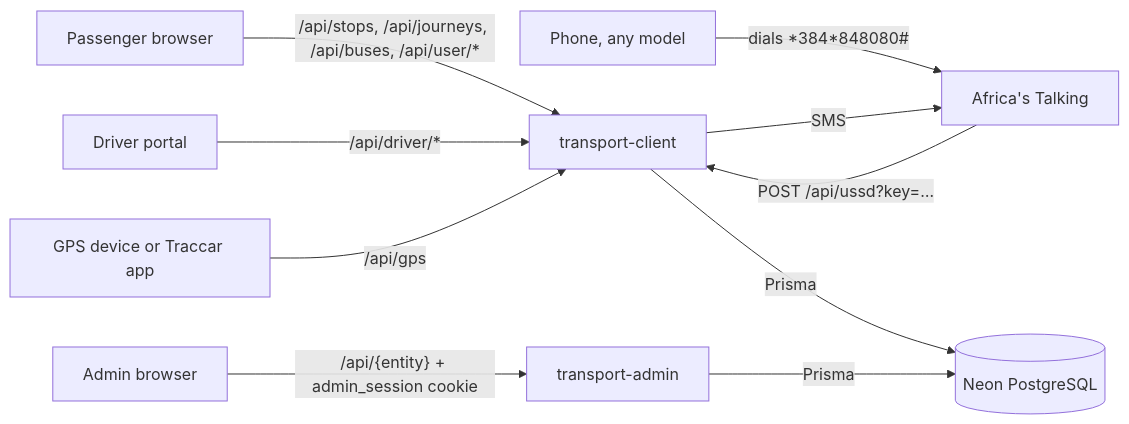
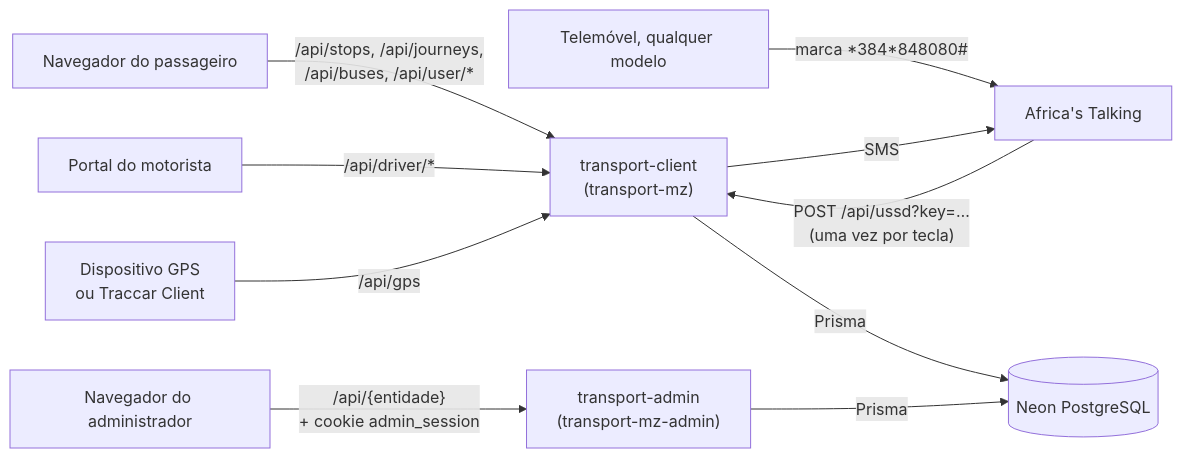
One commit to transportmozambique/Transport-Mozambique changed the diagram in README.md. Above: the diagram before and after it, drawn with Mermaid. The commit also changed other lines of this file and 143 other files, not shown here.

````diff
--- a/README.md
+++ b/README.md
@@ -86,17 +48,17 @@
 ```mermaid
 flowchart LR
-  P[Passenger browser]
-  U[Phone, any model]
-  D[Driver portal]
-  G[GPS device or Traccar app]
-  A[Admin browser]
-  U -- "dials *384*848080#" --> AT[Africa's Talking]
-  AT -- "POST /api/ussd?key=…" --> C
-  P -- "/api/stops, /api/journeys, /api/buses, /api/user/*" --> C
+  P["Navegador do passageiro"]
+  U["Telemóvel, qualquer modelo"]
+  D["Portal do motorista"]
+  G["Dispositivo GPS<br/>ou Traccar Client"]
+  A["Navegador do administrador"]
+  U -- "marca *384*848080#" --> AT["Africa's Talking"]
+  AT -- "POST /api/ussd?key=…<br/>(uma vez por tecla)" --> C
+  P -- "/api/stops, /api/journeys,<br/>/api/buses, /api/user/*" --> C
   D -- "/api/driver/*" --> C
   G -- "/api/gps" --> C
-  C[transport-client] -- SMS --> AT
-  A -- "/api/{entity} + admin_session cookie" --> AD[transport-admin]
-  C -- Prisma --> DB[(Neon PostgreSQL)]
-  AD -- Prisma --> DB
+  C["transport-client<br/>(transport-mz)"] -- "SMS" --> AT
+  A -- "/api/{entidade}<br/>+ cookie admin_session" --> AD["transport-admin<br/>(transport-mz-admin)"]
+  C -- "Prisma" --> DB[("Neon PostgreSQL")]
+  AD -- "Prisma" --> DB
 ```
````
